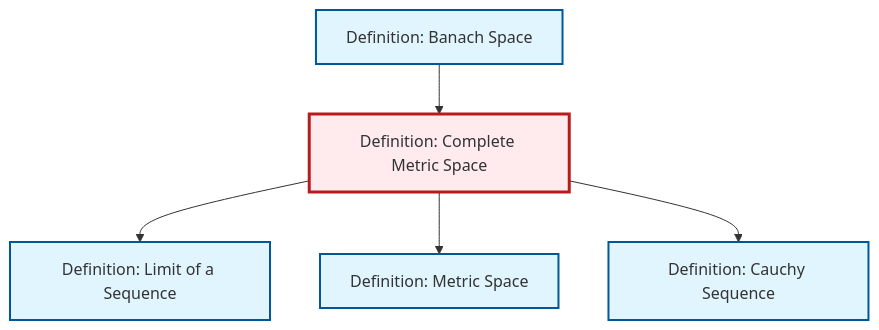
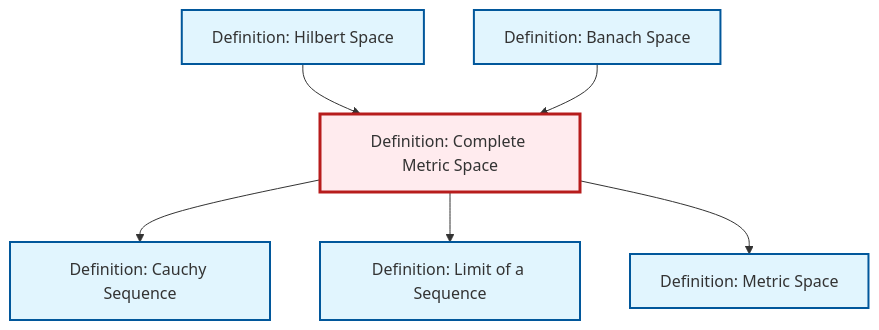
One commit to RK0429/ModernMath changed the diagram in content/ja/analysis/def-complete-metric-space.qmd. Above: the diagram before and after it, drawn with Mermaid. The commit also changed 597 other files, not shown here.

````diff
--- a/content/ja/analysis/def-complete-metric-space.qmd
+++ b/content/ja/analysis/def-complete-metric-space.qmd
@@ -54,23 +54,26 @@
 ```{mermaid}
 %%| fig-cap: "Local dependency graph"
 graph TD
     classDef definition fill:#e1f5fe,stroke:#01579b,stroke-width:2px
     classDef theorem fill:#f3e5f5,stroke:#4a148c,stroke-width:2px
     classDef axiom fill:#fff3e0,stroke:#e65100,stroke-width:2px
     classDef example fill:#e8f5e9,stroke:#1b5e20,stroke-width:2px
     classDef current fill:#ffebee,stroke:#b71c1c,stroke-width:3px
+    def-complete-metric-space["Definition: Complete Metric Space"]:::definition
+    def-metric-space["Definition: Metric Space"]:::definition
     def-banach-space["Definition: Banach Space"]:::definition
-    def-metric-space["Definition: Metric Space"]:::definition
     def-cauchy-sequence["Definition: Cauchy Sequence"]:::definition
     def-limit["Definition: Limit of a Sequence"]:::definition
-    def-complete-metric-space["Definition: Complete Metric Space"]:::definition
+    def-hilbert-space["Definition: Hilbert Space"]:::definition
+    def-complete-metric-space --> def-cauchy-sequence
+    def-hilbert-space --> def-complete-metric-space
     def-banach-space --> def-complete-metric-space
     def-complete-metric-space --> def-limit
     def-complete-metric-space --> def-metric-space
-    def-complete-metric-space --> def-cauchy-sequence
     class def-complete-metric-space current
+    click def-metric-space "def-metric-space.html" "Definition: Metric Spaceへ"
     click def-banach-space "def-banach-space.html" "Definition: Banach Spaceへ"
-    click def-metric-space "def-metric-space.html" "Definition: Metric Spaceへ"
     click def-cauchy-sequence "def-cauchy-sequence.html" "Definition: Cauchy Sequenceへ"
     click def-limit "def-limit.html" "Definition: Limit of a Sequenceへ"
+    click def-hilbert-space "def-hilbert-space.html" "Definition: Hilbert Spaceへ"
 ```
````
